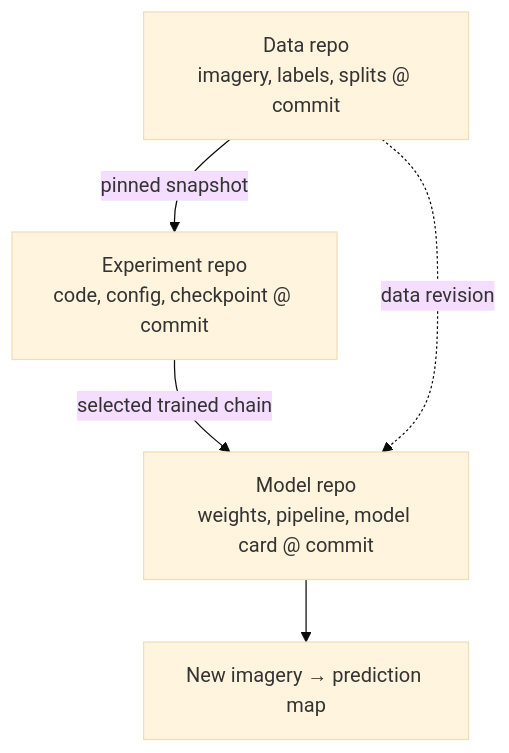
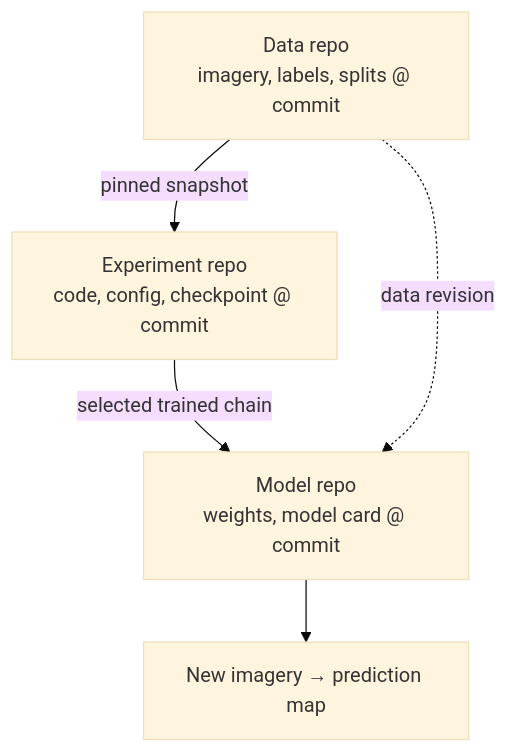
The diagram in docs/mlops/index.md (weedkat/geosave), drawn with Mermaid (base theme) before and after one commit. The commit also changed other lines of this file and 521 other files, not shown here.

````diff
--- a/docs/mlops/index.md
+++ b/docs/mlops/index.md
@@ -45,10 +46,10 @@
 ```mermaid
 flowchart TB
     data["Data repo<br/>imagery, labels, splits @ commit"]
     experiment["Experiment repo<br/>code, config, checkpoint @ commit"]
-    release["Model repo<br/>weights, pipeline, model card @ commit"]
+    release["Model repo<br/>weights, model card @ commit"]
     data -->|pinned snapshot| experiment
     experiment -->|selected trained chain| release
     data -.->|data revision| release
     release --> prediction["New imagery → prediction map"]
 ```
````
